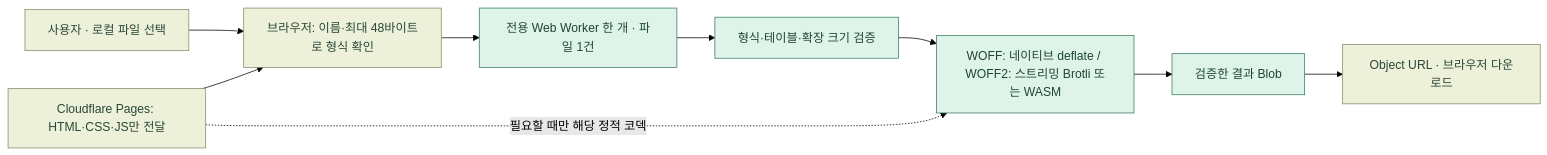
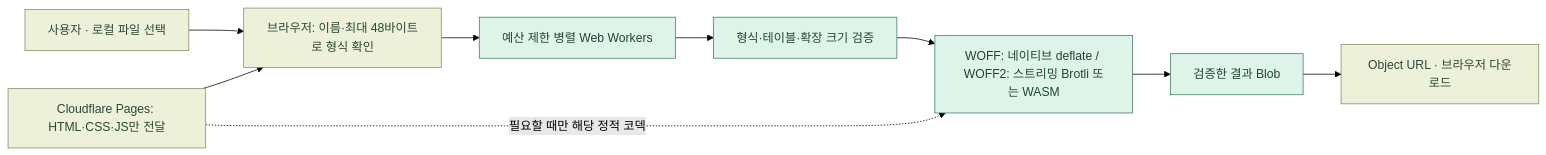
One commit to hslcrb/theswitcher changed the diagram in docs/ARCHITECTURE.ko.md. Above: the diagram before and after it, drawn with Mermaid (forest theme). The commit also changed other lines of this file and 2 other files, not shown here.

````diff
--- a/docs/ARCHITECTURE.ko.md
+++ b/docs/ARCHITECTURE.ko.md
@@ -5,15 +5,15 @@
 ```mermaid
 flowchart LR
   U["사용자 · 로컬 파일 선택"] --> Q["브라우저: 이름·최대 48바이트로 형식 확인"]
-  Q --> W["전용 Web Worker 한 개 · 파일 1건"]
+  Q --> W["예산 제한 병렬 Web Workers"]
   W --> V["형식·테이블·확장 크기 검증"]
   V --> C["WOFF: 네이티브 deflate / WOFF2: 스트리밍 Brotli 또는 WASM"]
   C --> B["검증한 결과 Blob"]
   B --> D["Object URL · 브라우저 다운로드"]
   S["Cloudflare Pages: HTML·CSS·JS만 전달"] --> Q
   S -. "필요할 때만 해당 정적 코덱" .-> C
   classDef ui fill:#edf1d9,stroke:#809064,color:#2a4739
   classDef engine fill:#def4ea,stroke:#387e5d,color:#204532
   class U,Q,D,S ui
   class W,V,C,B engine
 ```
````
